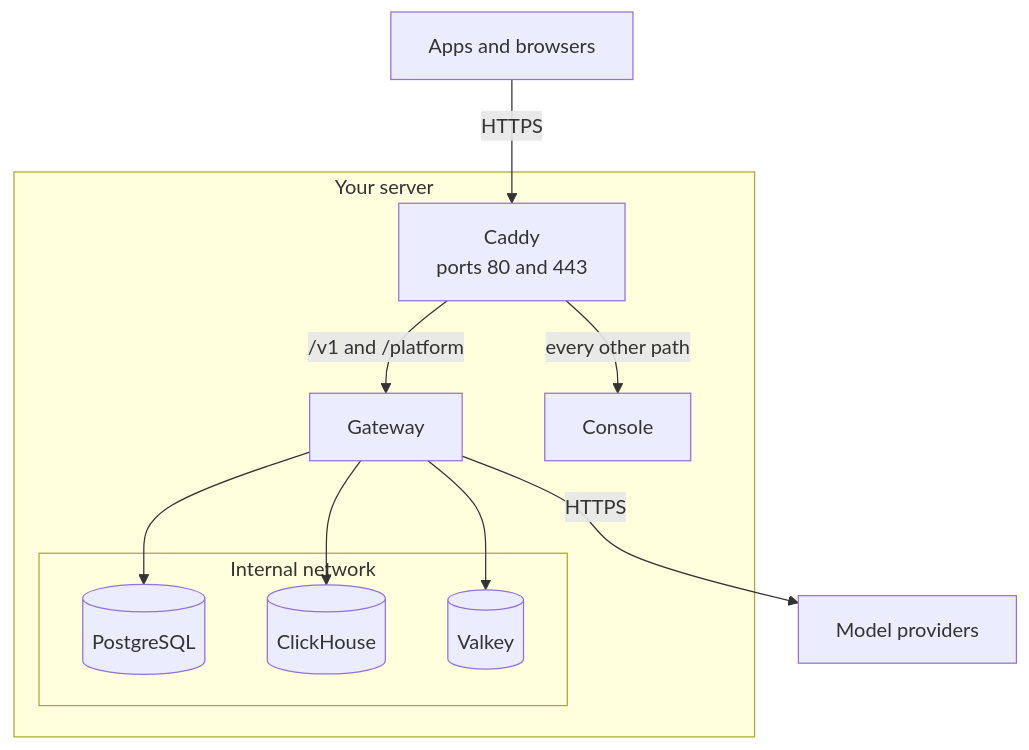
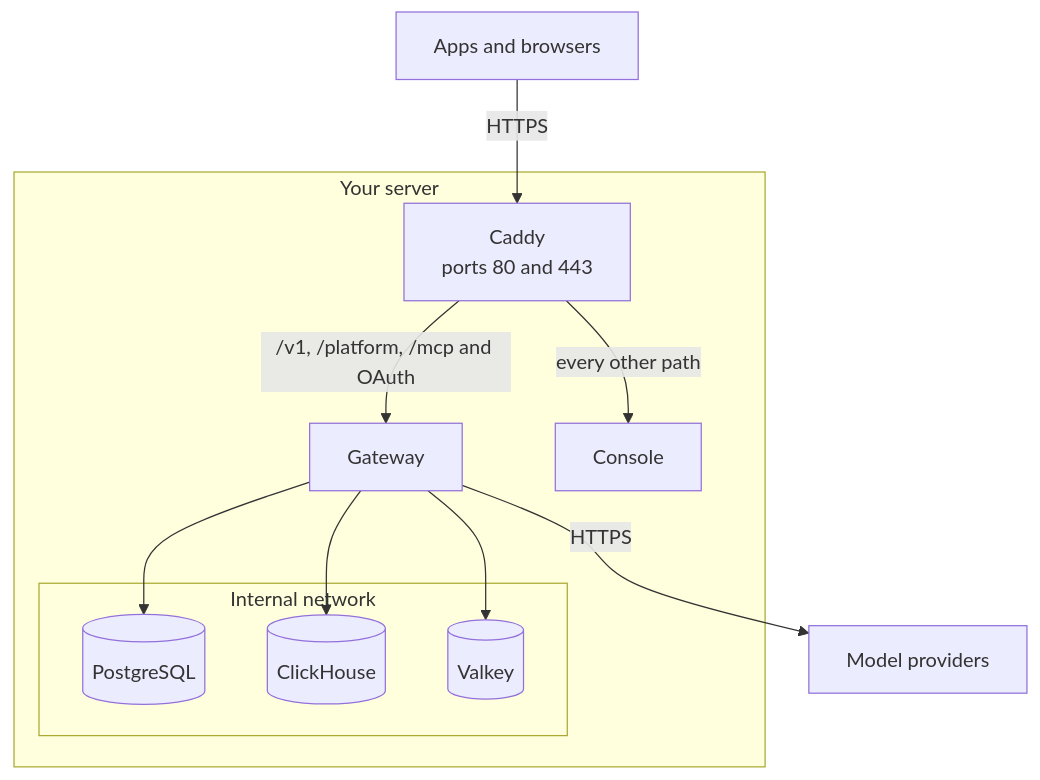
The diagram in apps/docs/content/en/self-hosting/how-it-works.md (logicplanes/kaeso), drawn with Mermaid before and after one commit. The commit also changed 149 other files, not shown here.

````diff
--- a/apps/docs/content/en/self-hosting/how-it-works.md
+++ b/apps/docs/content/en/self-hosting/how-it-works.md
@@ -10,22 +10,22 @@
 ```mermaid
 flowchart TD
   accTitle: The services of a Kaeso install
-  accDescr: Apps and browsers reach the install only through Caddy, on ports 80 and 443. Caddy sends /v1 and /platform to the gateway and every other path to the console. PostgreSQL, ClickHouse and Valkey sit on an internal network that only the gateway reaches, and the gateway calls the model providers over HTTPS.
+  accDescr: Apps and browsers reach the install only through Caddy, on ports 80 and 443. Caddy sends /v1, /platform, the MCP server and its OAuth sign-in to the gateway and every other path to the console. PostgreSQL, ClickHouse and Valkey sit on an internal network that only the gateway reaches, and the gateway calls the model providers over HTTPS.
   clients[Apps and browsers]:::outside
   subgraph server [Your server]
     caddy[Caddy<br>ports 80 and 443]
     gateway[Gateway]:::accent
     console[Console]
     subgraph data [Internal network]
       postgres[(PostgreSQL)]
       clickhouse[(ClickHouse)]
       valkey[(Valkey)]
     end
   end
   providers[Model providers]:::outside
   clients -- HTTPS --> caddy
-  caddy -- /v1 and /platform --> gateway
+  caddy -- /v1, /platform, /mcp and OAuth --> gateway
   caddy -- every other path --> console
   gateway --> postgres & clickhouse & valkey
   gateway -- HTTPS --> providers
 ```
````
